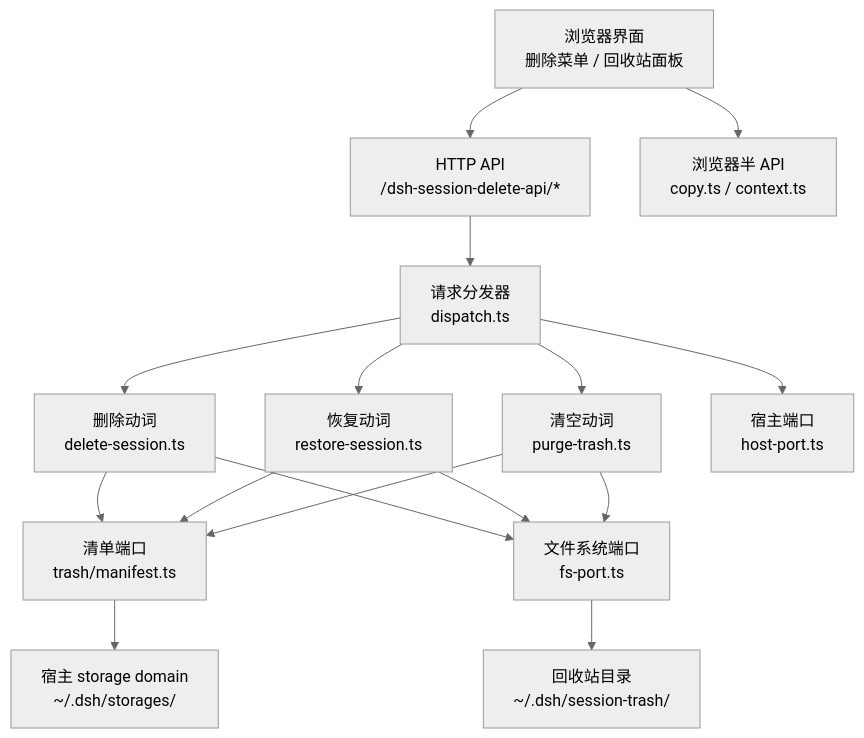
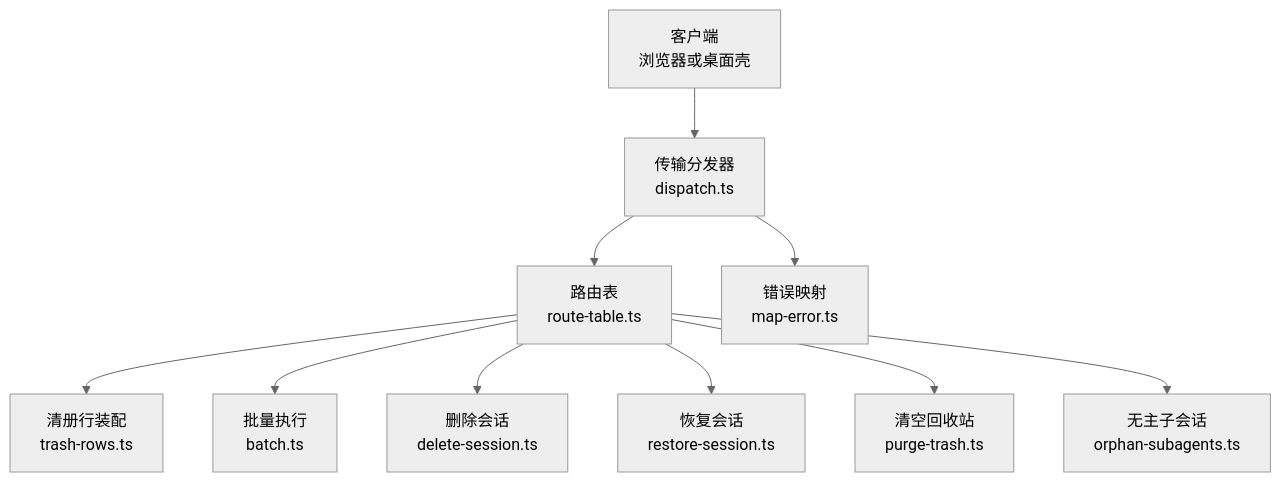
One commit to xrn1997/dsh-session-delete changed the first of 3 diagrams in .qoder/repowiki/zh/content/API 参考/API 参考.md. Above: the diagram before and after it, drawn with Mermaid (neutral theme). The commit also changed other lines of this file and 67 other files, not shown here.

````diff
--- a/.qoder/repowiki/zh/content/API 参考/API 参考.md
+++ b/.qoder/repowiki/zh/content/API 参考/API 参考.md
@@ -56,18 +53,12 @@
 ```mermaid
 graph TB
-    Browser["浏览器界面<br/>删除菜单 / 回收站面板"] --> Http["HTTP API<br/>/dsh-session-delete-api/*"]
-    Http --> Dispatcher["请求分发器<br/>dispatch.ts"]
-    Dispatcher --> DeleteVerb["删除动词<br/>delete-session.ts"]
-    Dispatcher --> RestoreVerb["恢复动词<br/>restore-session.ts"]
-    Dispatcher --> PurgeVerb["清空动词<br/>purge-trash.ts"]
-    DeleteVerb --> ManifestPort["清单端口<br/>trash/manifest.ts"]
-    RestoreVerb --> ManifestPort
-    PurgeVerb --> ManifestPort
-    ManifestPort --> StorageDomain["宿主 storage domain<br/>~/.dsh/storages/"]
-    DeleteVerb --> FsPort["文件系统端口<br/>fs-port.ts"]
-    RestoreVerb --> FsPort
-    PurgeVerb --> FsPort
-    FsPort --> TrashDir["回收站目录<br/>~/.dsh/session-trash/"]
-    Dispatcher --> HostPort["宿主端口<br/>host-port.ts"]
-    Browser --> ClientCopy["浏览器半 API<br/>copy.ts / context.ts"]
+    Client["客户端<br/>浏览器或桌面壳"] --> Dispatcher["传输分发器<br/>dispatch.ts"]
+    Dispatcher --> RouteTable["路由表<br/>route-table.ts"]
+    RouteTable --> TrashRows["清册行装配<br/>trash-rows.ts"]
+    RouteTable --> Batch["批量执行<br/>batch.ts"]
+    RouteTable --> Delete["删除会话<br/>delete-session.ts"]
+    RouteTable --> Restore["恢复会话<br/>restore-session.ts"]
+    RouteTable --> Purge["清空回收站<br/>purge-trash.ts"]
+    RouteTable --> Orphans["无主子会话<br/>orphan-subagents.ts"]
+    Dispatcher --> ErrorMap["错误映射<br/>map-error.ts"]
 ```
````
